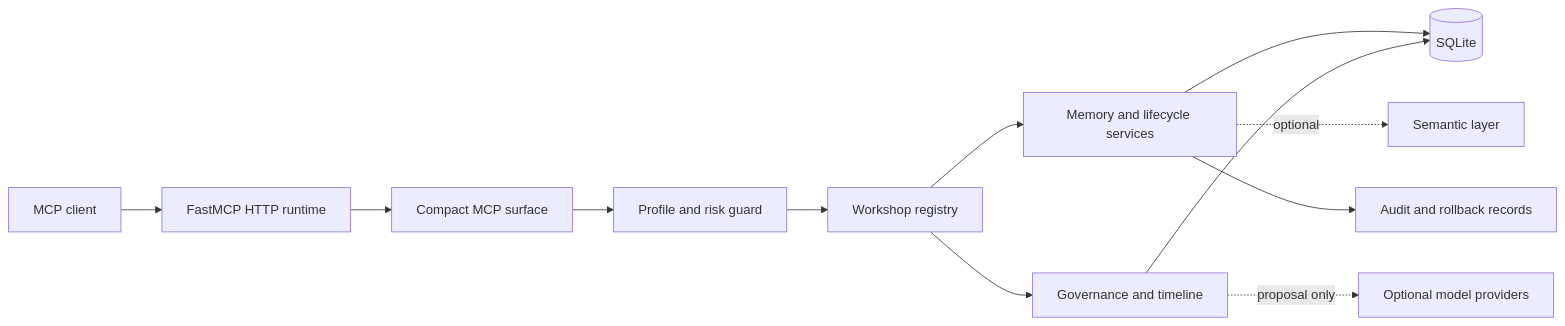
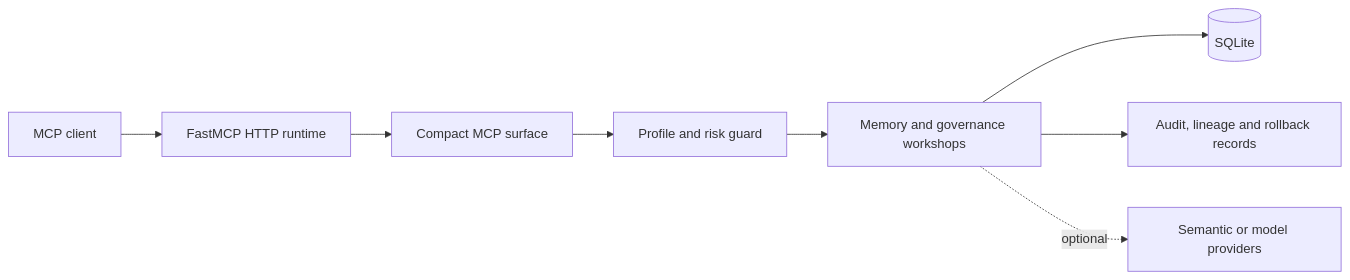
The diagram in README.md (cabo0m/mapi-agent-memory), drawn with Mermaid before and after one commit. The commit also changed other lines of this file and 23 other files, not shown here.

````diff
--- a/README.md
+++ b/README.md
@@ -33,14 +185,10 @@
 ```mermaid
 flowchart LR
     C["MCP client"] --> H["FastMCP HTTP runtime"]
     H --> S["Compact MCP surface"]
     S --> P["Profile and risk guard"]
-    P --> R["Workshop registry"]
-    R --> M["Memory and lifecycle services"]
-    R --> G["Governance and timeline"]
-    M --> D[("SQLite")]
-    G --> D
-    M -. optional .-> V["Semantic layer"]
-    G -. proposal only .-> O["Optional model providers"]
-    M --> A["Audit and rollback records"]
+    P --> W["Memory and governance workshops"]
+    W --> D[("SQLite")]
+    W --> A["Audit, lineage and rollback records"]
+    W -. optional .-> O["Semantic or model providers"]
 ```
````
